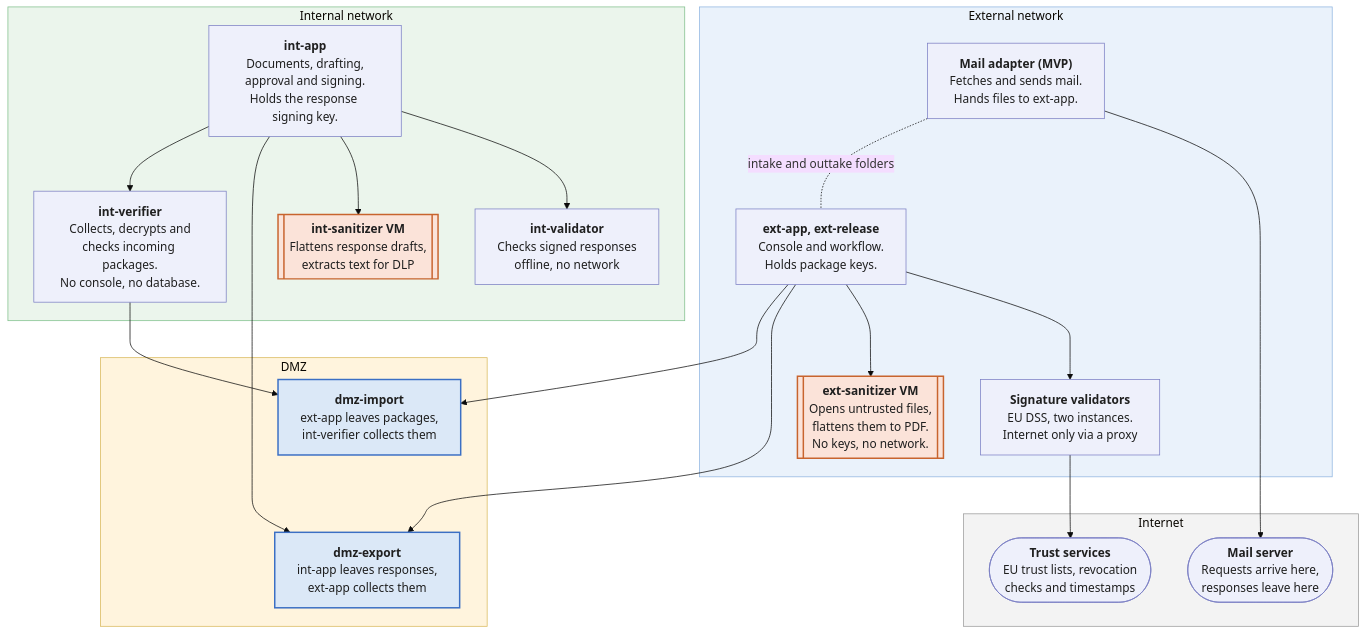
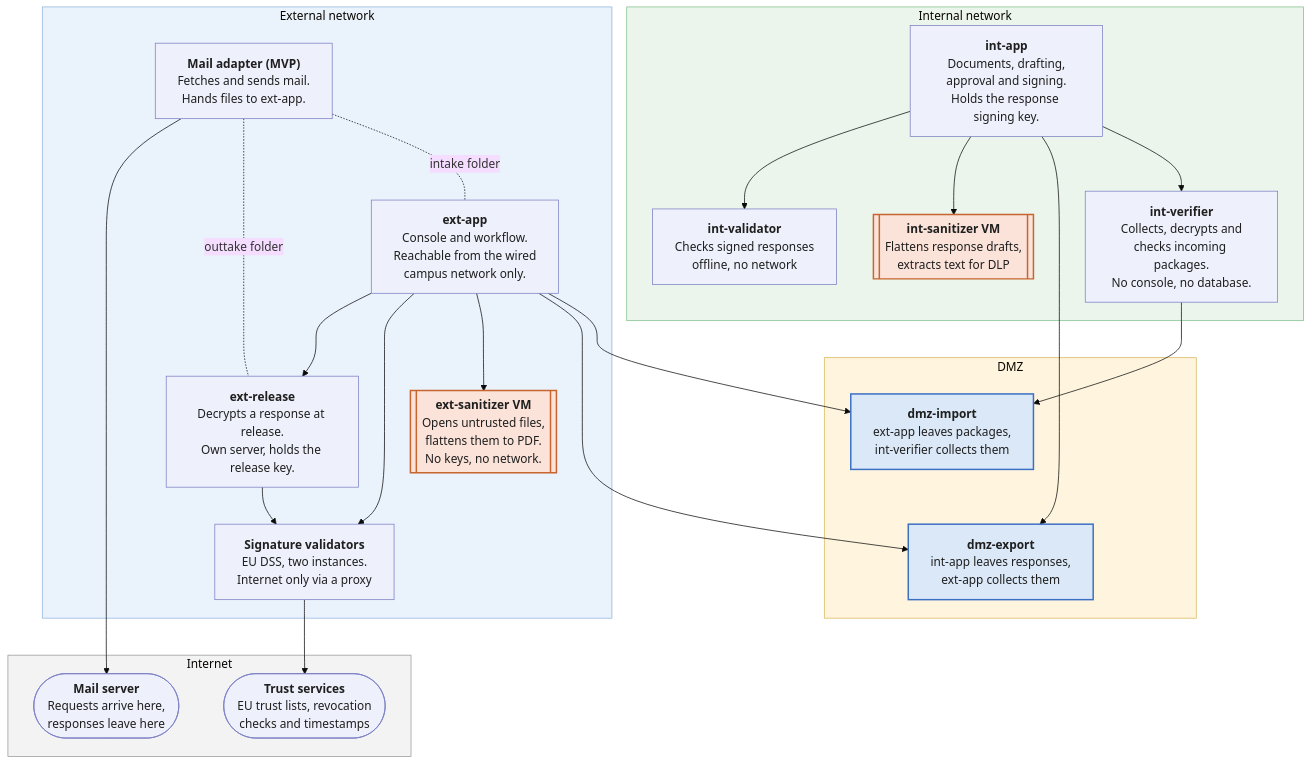
The diagram in document-exchange-proposal.md (tgivslife/dxg-document-gateway), drawn with Mermaid (base theme) before and after one commit. The commit also changed other lines of this file and 3 other files, not shown here.

First line of the commit message:
Move ext-release to its own host and limit the console to the campus network

````diff
--- a/document-exchange-proposal.md
+++ b/document-exchange-proposal.md
@@ -25,56 +25,60 @@
 ```mermaid
 flowchart TB
     accDescr: DXG parts by network zone. Arrows point from the side that opens the connection, and both networks connect out to the DMZ.
 
     subgraph INT["Internal network"]
         IAPP["<b>int-app</b><br/>Documents, drafting,<br/>approval and signing.<br/>Holds the response signing key."]
         IVER["<b>int-verifier</b><br/>Collects, decrypts and<br/>checks incoming packages.<br/>No console, no database."]
         ISAN[["<b>int-sanitizer VM</b><br/>Flattens response drafts,<br/>extracts text for DLP"]]
         IVAL["<b>int-validator</b><br/>Checks signed responses<br/>offline, no network"]
     end
 
     subgraph DMZ["DMZ"]
         IMP["<b>dmz-import</b><br/>ext-app leaves packages,<br/>int-verifier collects them"]
         EXP["<b>dmz-export</b><br/>int-app leaves responses,<br/>ext-app collects them"]
     end
 
     subgraph EXT["External network"]
-        CORE["<b>ext-app, ext-release</b><br/>Console and workflow.<br/>Holds package keys."]
+        CORE["<b>ext-app</b><br/>Console and workflow.<br/>Reachable from the wired<br/>campus network only."]
+        REL["<b>ext-release</b><br/>Decrypts a response at release.<br/>Own server, holds the release key."]
         ADAPTER["<b>Mail adapter (MVP)</b><br/>Fetches and sends mail.<br/>Hands files to ext-app."]
         SAN[["<b>ext-sanitizer VM</b><br/>Opens untrusted files,<br/>flattens them to PDF.<br/>No keys, no network."]]
         VAL["<b>Signature validators</b><br/>EU DSS, two instances.<br/>Internet only via a proxy"]
     end
 
     subgraph NET["Internet"]
         MAIL(["<b>Mail server</b><br/>Requests arrive here,<br/>responses leave here"])
         TRUST(["<b>Trust services</b><br/>EU trust lists, revocation<br/>checks and timestamps"])
     end
 
     %% Each arrow points from the side that opens the connection.
     IVER --> IMP
     IAPP --> IVER
     IAPP --> EXP
     IAPP --> ISAN
     IAPP --> IVAL
     CORE --> IMP
     CORE --> EXP
     CORE --> SAN
     CORE --> VAL
-    ADAPTER -. "intake and outtake folders" .- CORE
+    ADAPTER -. "intake folder" .- CORE
+    ADAPTER -. "outtake folder" .- REL
+    CORE --> REL
+    REL --> VAL
     ADAPTER --> MAIL
     VAL --> TRUST
 
     %% Layout only: stack the DMZ hosts so no line runs between them.
     IMP ~~~ EXP
 
     classDef part fill:#eef0fb,stroke:#7b7fc4,color:#1f1f1f
     classDef vm fill:#fbe3d9,stroke:#c8642e,stroke-width:2px,color:#1f1f1f
     classDef dmz fill:#dbe8f7,stroke:#3b6fc4,stroke-width:2px,color:#1f1f1f
-    class MAIL,TRUST,ADAPTER,CORE,VAL,IAPP,IVAL,IVER part
+    class MAIL,TRUST,ADAPTER,CORE,REL,VAL,IAPP,IVAL,IVER part
     class SAN,ISAN vm
     class IMP,EXP dmz
     style NET fill:#f3f3f3,stroke:#9a9a9a
     style EXT fill:#eaf2fb,stroke:#8fb4e0
     style DMZ fill:#fff4dd,stroke:#d8b85a
     style INT fill:#ebf5ec,stroke:#7fbf8a
 ```
````
